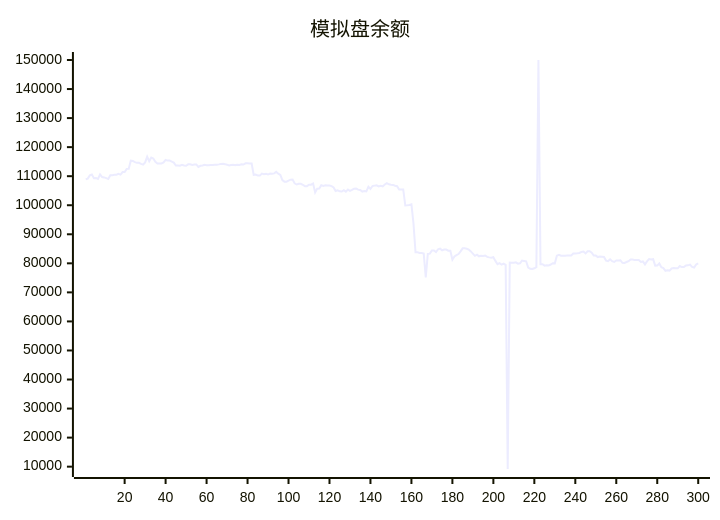
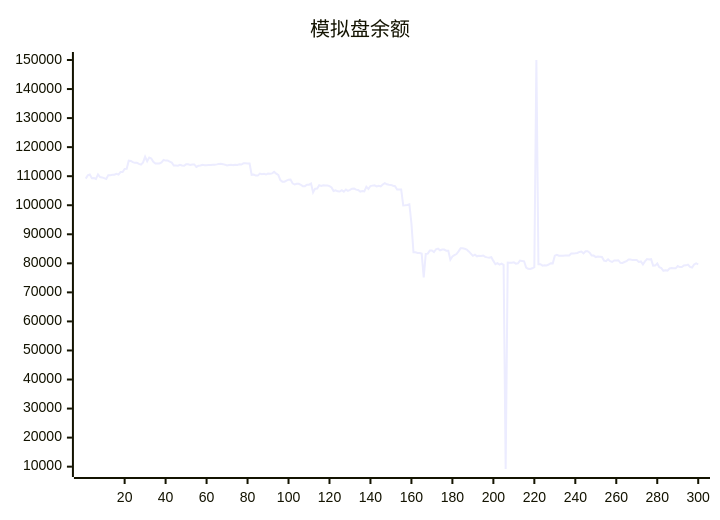
One commit to aahl/ai-trading changed the diagram in README.md. Above: the diagram before and after it, drawn with Mermaid. The commit also changed other lines of this file and 1 other file, not shown here.

````diff
--- a/README.md
+++ b/README.md
@@ -5,5 +5,5 @@
 ```mermaid
 xychart
     title "模拟盘余额"
-    line [108945,109172,110262,110546,109304,109343,109053,110606,109702,109584,109337,109071,110342,110342,110488,110488,110814,110531,111421,111421,112518,112522,115341,115266,114830,114584,114588,114231,113973,114726,116697,115160,116423,116083,114950,114365,114365,114388,114730,115582,115358,115358,115032,114686,113688,113688,113610,113930,113672,113585,114083,114074,113840,113996,114051,113208,113593,113701,113901,113794,113784,113810,113848,113927,113929,114064,114232,114293,114144,113960,113698,113853,113942,113812,113908,113877,114091,113998,114427,114422,114384,114384,110477,110576,110198,110198,110890,110712,110812,110569,110929,110847,110968,111478,110870,110433,108661,108116,108115,108485,108797,108877,107536,107134,107393,107393,107046,106565,106565,107081,107081,107478,104404,105715,105749,106866,106651,106889,106771,106816,106565,106141,104876,105103,104796,104734,105169,104690,105380,104941,105272,105709,105739,105374,105227,104691,104924,104762,106364,105628,106608,106748,106872,106485,106721,106468,107132,107620,107224,107080,107001,106717,106567,105431,105431,105440,99950,100017,100113,100337,93749,83795,83807,83567,83567,83342,75168,83222,83336,84448,84449,83896,84839,85065,84499,84757,84757,84364,84347,81254,82385,82835,83184,84099,85150,85150,85002,84751,84096,83356,82582,82983,82404,82572,82512,82688,82200,82047,81920,82125,80840,79688,80060,79552,79920,79470,9193,80236,80208,80170,80336,79894,80006,80954,80837,80712,78561,78139,78037,78293,78682,150000,79720,79720,79214,79372,79279,79591,80046,79993,82625,82950,82626,82571,82633,82670,82670,82681,83386,83378,83464,83579,83920,84037,83402,84160,84142,83652,82655,82655,82145,82315,82243,82163,80934,80770,81371,80742,80468,80989,80989,81067,80191,80155,80450,80737,81309,81309,81106,81119,81119,80471,80631,79624,80670,81448,81290,81429,79212,79222,79940,78643,78380,77432,77623,77504,78235,78358,78284,78277,79048,78714,78714,79290,79308,79567,78763,78563,79603,79988]
+    line [109172,110262,110546,109304,109343,109053,110606,109702,109584,109337,109071,110342,110342,110488,110488,110814,110531,111421,111421,112518,112522,115341,115266,114830,114584,114588,114231,113973,114726,116697,115160,116423,116083,114950,114365,114365,114388,114730,115582,115358,115358,115032,114686,113688,113688,113610,113930,113672,113585,114083,114074,113840,113996,114051,113208,113593,113701,113901,113794,113784,113810,113848,113927,113929,114064,114232,114293,114144,113960,113698,113853,113942,113812,113908,113877,114091,113998,114427,114422,114384,114384,110477,110576,110198,110198,110890,110712,110812,110569,110929,110847,110968,111478,110870,110433,108661,108116,108115,108485,108797,108877,107536,107134,107393,107393,107046,106565,106565,107081,107081,107478,104404,105715,105749,106866,106651,106889,106771,106816,106565,106141,104876,105103,104796,104734,105169,104690,105380,104941,105272,105709,105739,105374,105227,104691,104924,104762,106364,105628,106608,106748,106872,106485,106721,106468,107132,107620,107224,107080,107001,106717,106567,105431,105431,105440,99950,100017,100113,100337,93749,83795,83807,83567,83567,83342,75168,83222,83336,84448,84449,83896,84839,85065,84499,84757,84757,84364,84347,81254,82385,82835,83184,84099,85150,85150,85002,84751,84096,83356,82582,82983,82404,82572,82512,82688,82200,82047,81920,82125,80840,79688,80060,79552,79920,79470,9193,80236,80208,80170,80336,79894,80006,80954,80837,80712,78561,78139,78037,78293,78682,150000,79720,79720,79214,79372,79279,79591,80046,79993,82625,82950,82626,82571,82633,82670,82670,82681,83386,83378,83464,83579,83920,84037,83402,84160,84142,83652,82655,82655,82145,82315,82243,82163,80934,80770,81371,80742,80468,80989,80989,81067,80191,80155,80450,80737,81309,81309,81106,81119,81119,80471,80631,79624,80670,81448,81290,81429,79212,79222,79940,78643,78380,77432,77623,77504,78235,78358,78284,78277,79048,78714,78714,79290,79308,79567,78763,78563,79603,79988,79652]
 ```
````
